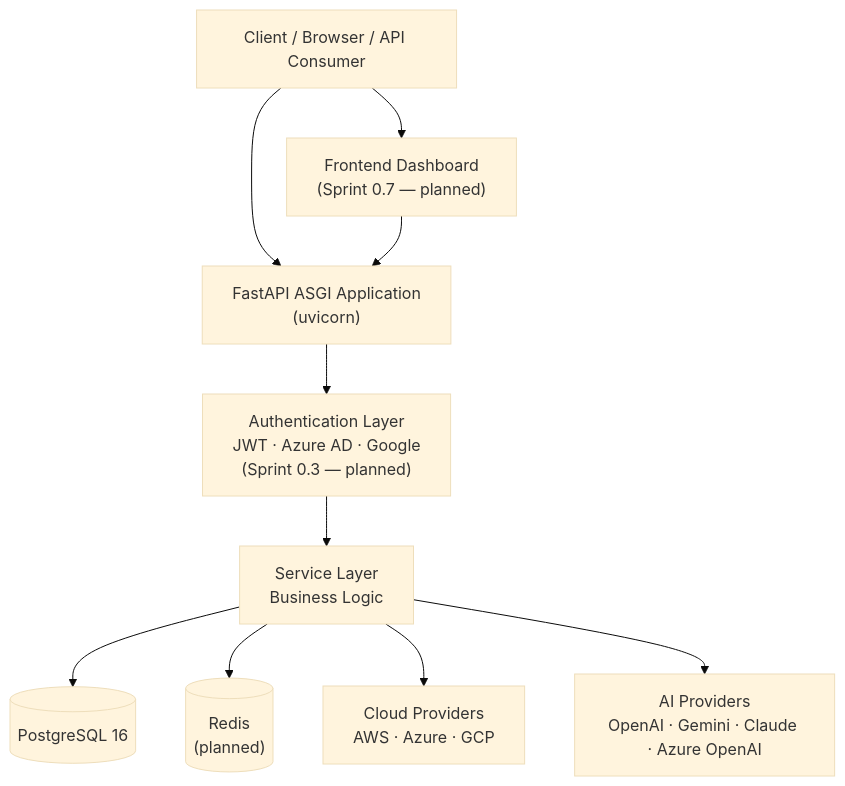
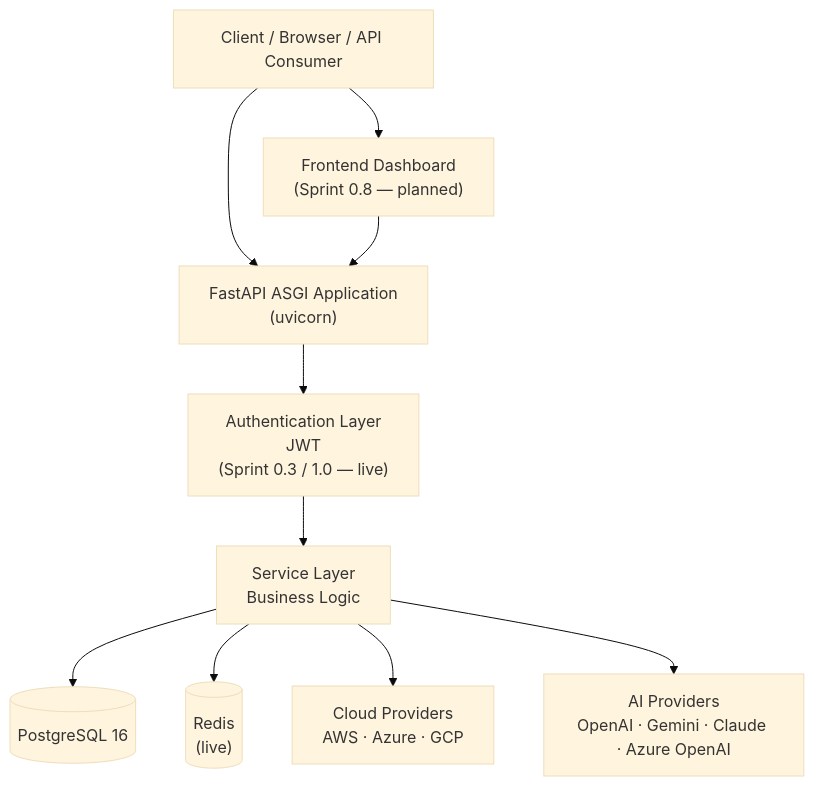
The first of 11 diagrams in docs/architecture.md (manikantadakarapu/multi-cloud-ai-cost-detector), drawn with Mermaid (base theme) before and after one commit. The commit also changed other lines of this file and 9 other files, not shown here.

First line of the commit message:
feat: Sprint 1.0 — Authentication & API Security (#18)

````diff
--- a/docs/architecture.md
+++ b/docs/architecture.md
@@ -65,22 +66,22 @@
 ```mermaid
 graph TD
     User["Client / Browser / API Consumer"]
-    FE["Frontend Dashboard<br/>(Sprint 0.7 — planned)"]
+    FE["Frontend Dashboard<br/>(Sprint 0.8 — planned)"]
     API["FastAPI ASGI Application<br/>(uvicorn)"]
-    AuthN["Authentication Layer<br/>JWT · Azure AD · Google<br/>(Sprint 0.3 — planned)"]
+    AuthN["Authentication Layer<br/>JWT<br/>(Sprint 0.3 / 1.0 — live)"]
     Svc["Service Layer<br/>Business Logic"]
     DB[("PostgreSQL 16")]
-    Redis[("Redis<br/>(planned)")]
+    Redis[("Redis<br/>(live)")]
     Cloud["Cloud Providers<br/>AWS · Azure · GCP"]
     AI["AI Providers<br/>OpenAI · Gemini · Claude · Azure OpenAI"]
 
     User --> FE
     User --> API
     FE --> API
     API --> AuthN
     AuthN --> Svc
     Svc --> DB
     Svc --> Redis
     Svc --> Cloud
     Svc --> AI
 ```
````
